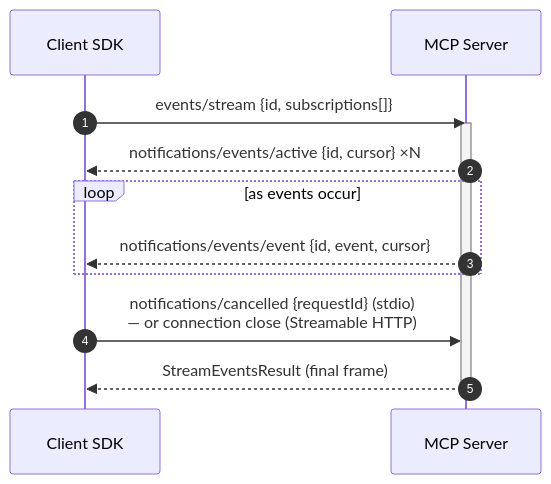
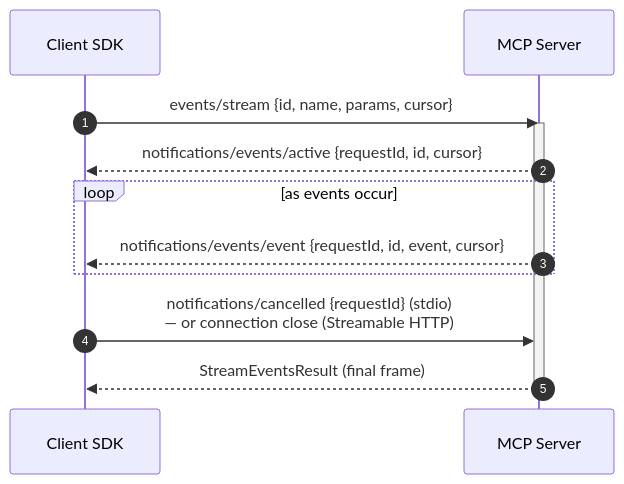
The second of 4 diagrams in docs/design-sketch-proposal.md (modelcontextprotocol/experimental-ext-triggers-events), drawn with Mermaid before and after one commit. The commit also changed other lines of this file, not shown here.

First line of the commit message:
Revise Events design sketch: poll mandatory, webhook delivery profile, SEP review fixes

````diff
--- a/docs/design-sketch-proposal.md
+++ b/docs/design-sketch-proposal.md
@@ -242,16 +213,16 @@
 ```mermaid
 sequenceDiagram
     autonumber
     participant SDK as Client SDK
     participant Server as MCP Server
 
-    SDK->>Server: events/stream {id, subscriptions[]}
+    SDK->>Server: events/stream {id, name, params, cursor}
     activate Server
-    Server-->>SDK: notifications/events/active {id, cursor} ×N
+    Server-->>SDK: notifications/events/active {requestId, id, cursor}
     loop as events occur
-        Server-->>SDK: notifications/events/event {id, event, cursor}
+        Server-->>SDK: notifications/events/event {requestId, id, event, cursor}
     end
     SDK->>Server: notifications/cancelled {requestId} (stdio)<br/>— or connection close (Streamable HTTP)
     Server-->>SDK: StreamEventsResult (final frame)
     deactivate Server
 ```
````
